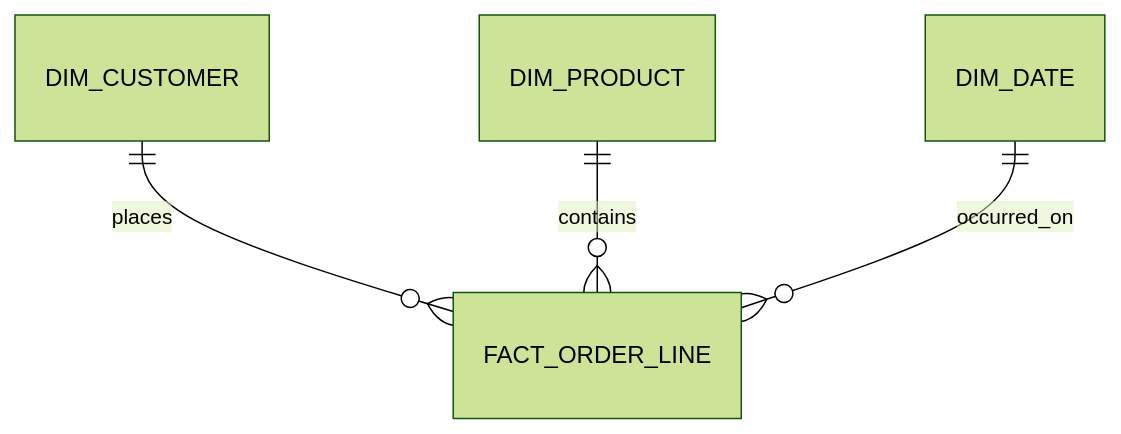
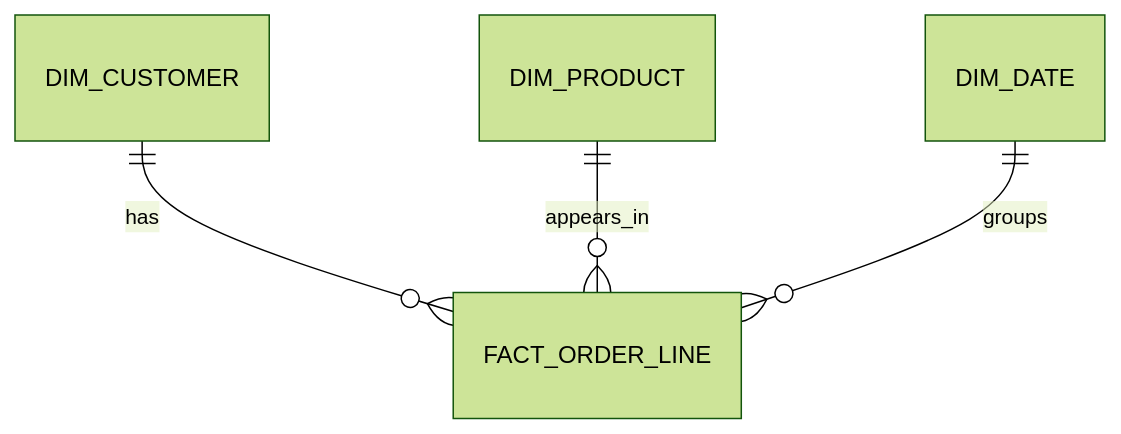
The diagram in basics/04-data-modeling/README.md (MarioOrellana58/data-engineering-interviews-study-guide), drawn with Mermaid (forest theme) before and after one commit. The commit also changed 9 other files, not shown here.

Commit message:
Fixed mermaid diagrams broken

````diff
--- a/basics/04-data-modeling/README.md
+++ b/basics/04-data-modeling/README.md
@@ -9,6 +9,6 @@
 ```mermaid
 erDiagram
-    DIM_CUSTOMER ||--o{ FACT_ORDER_LINE : places
-    DIM_PRODUCT ||--o{ FACT_ORDER_LINE : contains
-    DIM_DATE ||--o{ FACT_ORDER_LINE : occurred_on
+    DIM_CUSTOMER ||--o{ FACT_ORDER_LINE : has
+    DIM_PRODUCT ||--o{ FACT_ORDER_LINE : appears_in
+    DIM_DATE ||--o{ FACT_ORDER_LINE : groups
 ```
````
